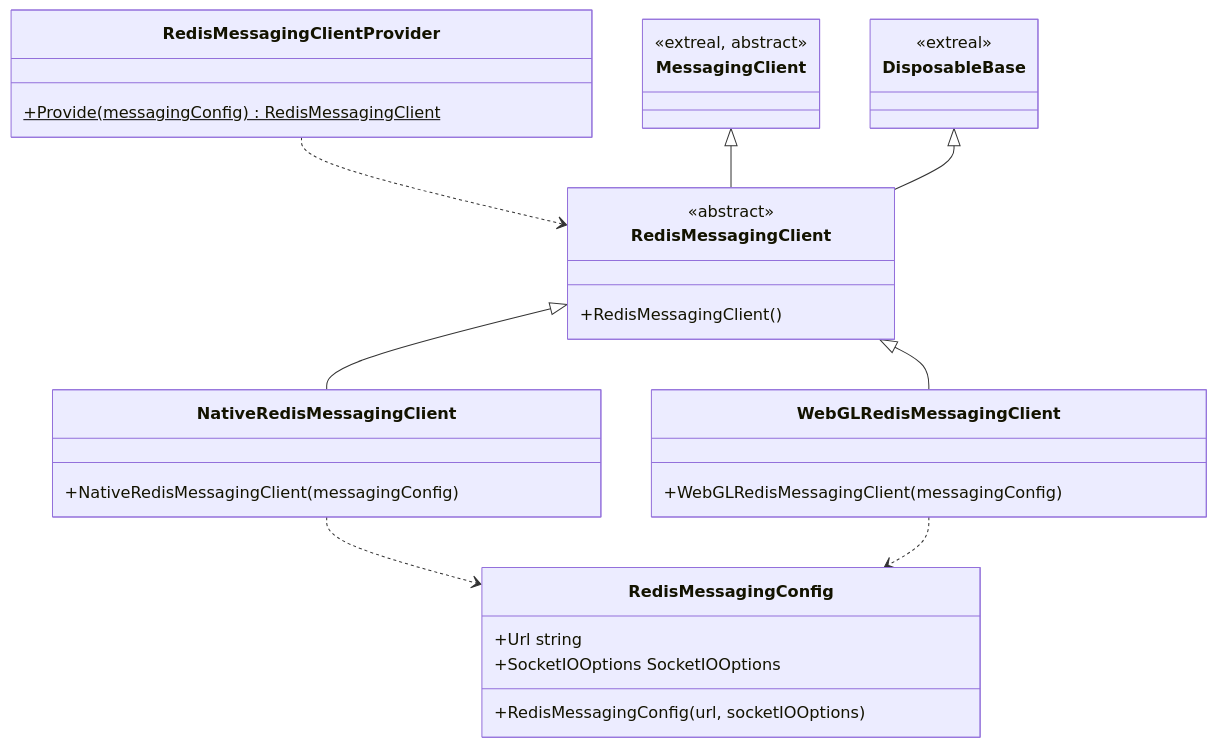
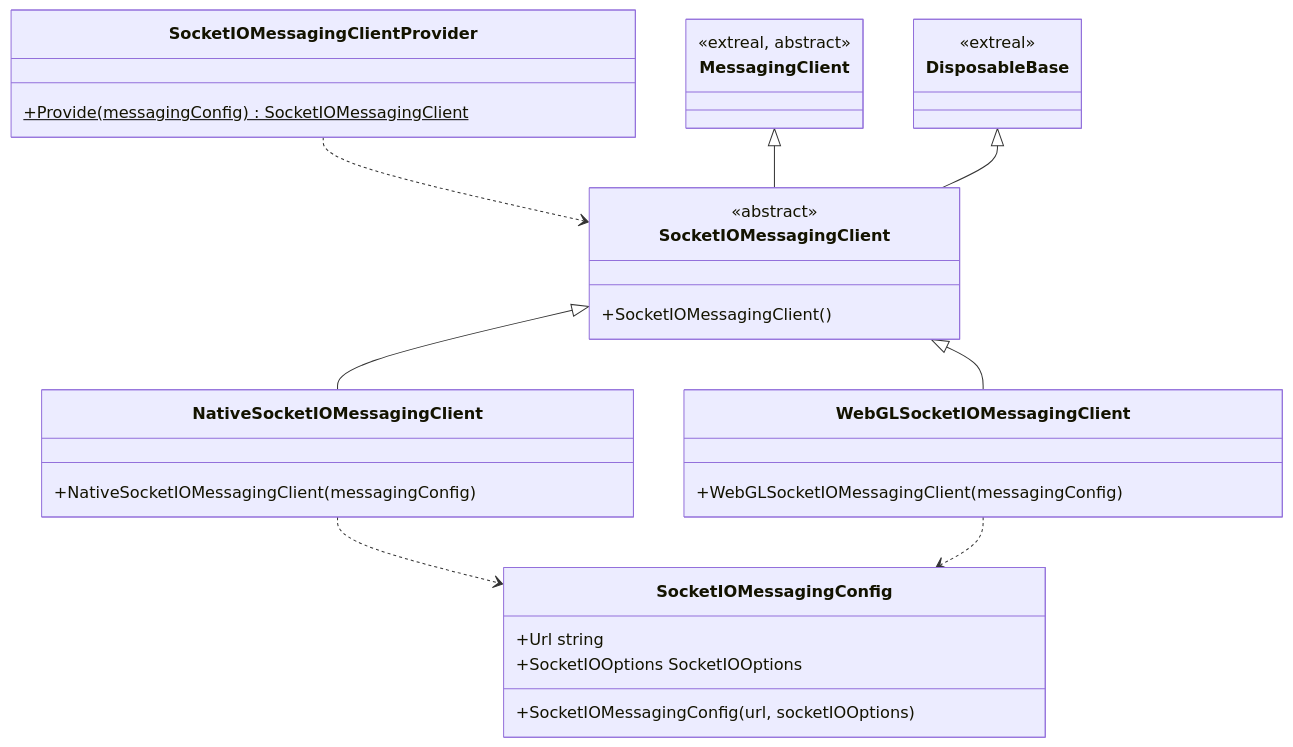
One commit to extreal-dev/Extreal.Guide changed the second of 3 diagrams in docs/integration/messaging.md. Above: the diagram before and after it, drawn with Mermaid. The commit also changed other lines of this file and 1 other file, not shown here.

Commit message:
Rename Redis to Socket.IO

````diff
--- a/docs/integration/messaging.md
+++ b/docs/integration/messaging.md
@@ -83,42 +83,42 @@
 ```mermaid
 classDiagram
-    RedisMessagingClientProvider ..> RedisMessagingClient
-    RedisMessagingClient <|-- NativeRedisMessagingClient
-    RedisMessagingClient <|-- WebGLRedisMessagingClient
-    NativeRedisMessagingClient ..> RedisMessagingConfig
-    WebGLRedisMessagingClient ..> RedisMessagingConfig
-    MessagingClient <|-- RedisMessagingClient
-    DisposableBase <|-- RedisMessagingClient
+    SocketIOMessagingClientProvider ..> SocketIOMessagingClient
+    SocketIOMessagingClient <|-- NativeSocketIOMessagingClient
+    SocketIOMessagingClient <|-- WebGLSocketIOMessagingClient
+    NativeSocketIOMessagingClient ..> SocketIOMessagingConfig
+    WebGLSocketIOMessagingClient ..> SocketIOMessagingConfig
+    MessagingClient <|-- SocketIOMessagingClient
+    DisposableBase <|-- SocketIOMessagingClient
 
-    class RedisMessagingClientProvider {
-        +Provide(messagingConfig)$ RedisMessagingClient
+    class SocketIOMessagingClientProvider {
+        +Provide(messagingConfig)$ SocketIOMessagingClient
     }
     
-    class RedisMessagingClient {
+    class SocketIOMessagingClient {
         <<abstract>>
-        +RedisMessagingClient()
+        +SocketIOMessagingClient()
     }
     
-    class RedisMessagingConfig {
+    class SocketIOMessagingConfig {
         +Url string
         +SocketIOOptions SocketIOOptions
         
-        +RedisMessagingConfig(url, socketIOOptions)
+        +SocketIOMessagingConfig(url, socketIOOptions)
     }
     
-    class NativeRedisMessagingClient {
-        +NativeRedisMessagingClient(messagingConfig) 
+    class NativeSocketIOMessagingClient {
+        +NativeSocketIOMessagingClient(messagingConfig) 
     }
     
-    class WebGLRedisMessagingClient {
-        +WebGLRedisMessagingClient(messagingConfig)
+    class WebGLSocketIOMessagingClient {
+        +WebGLSocketIOMessagingClient(messagingConfig)
     }
 
     class MessagingClient {
         <<extreal, abstract>>
     }
 
     class DisposableBase {
         <<extreal>>
     }
 ```
````
